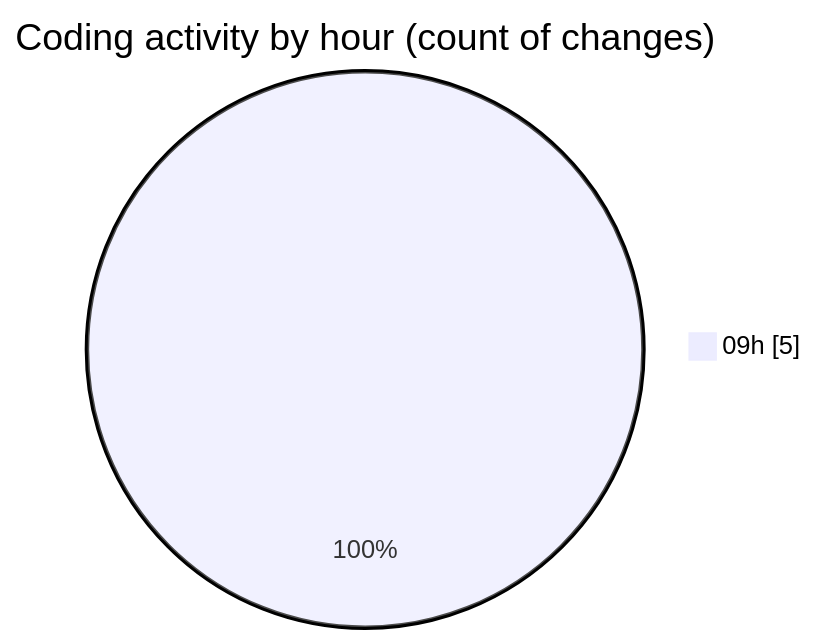
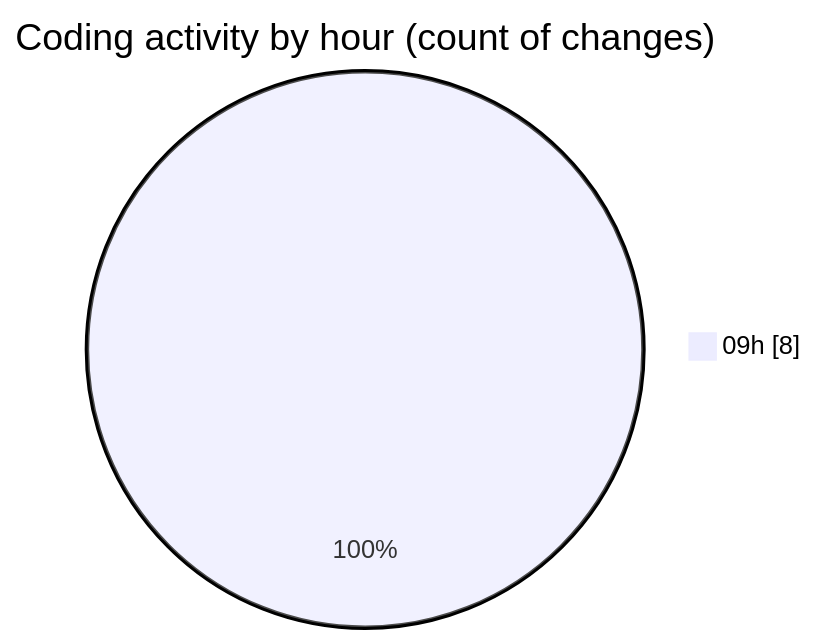
The second of 2 diagrams in 2025-05-14/web/README.md (LanceThiago/code-tracking), drawn with Mermaid before and after one commit. The commit also changed other lines of this file and 1 other file, not shown here.

````diff
--- a/2025-05-14/web/README.md
+++ b/2025-05-14/web/README.md
@@ -28,5 +28,5 @@
 ```mermaid
 pie showData
 title Coding activity by hour (count of changes)
-"09h" : 5
+"09h" : 8
 ```
````
